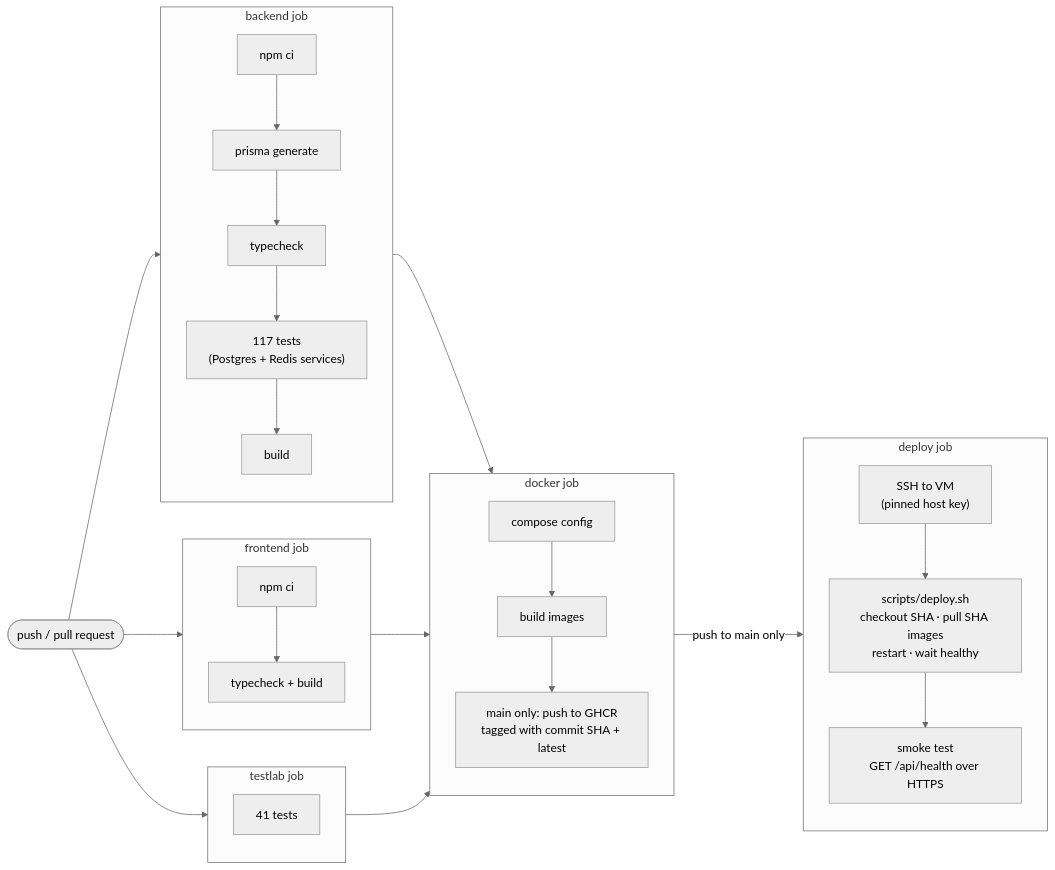
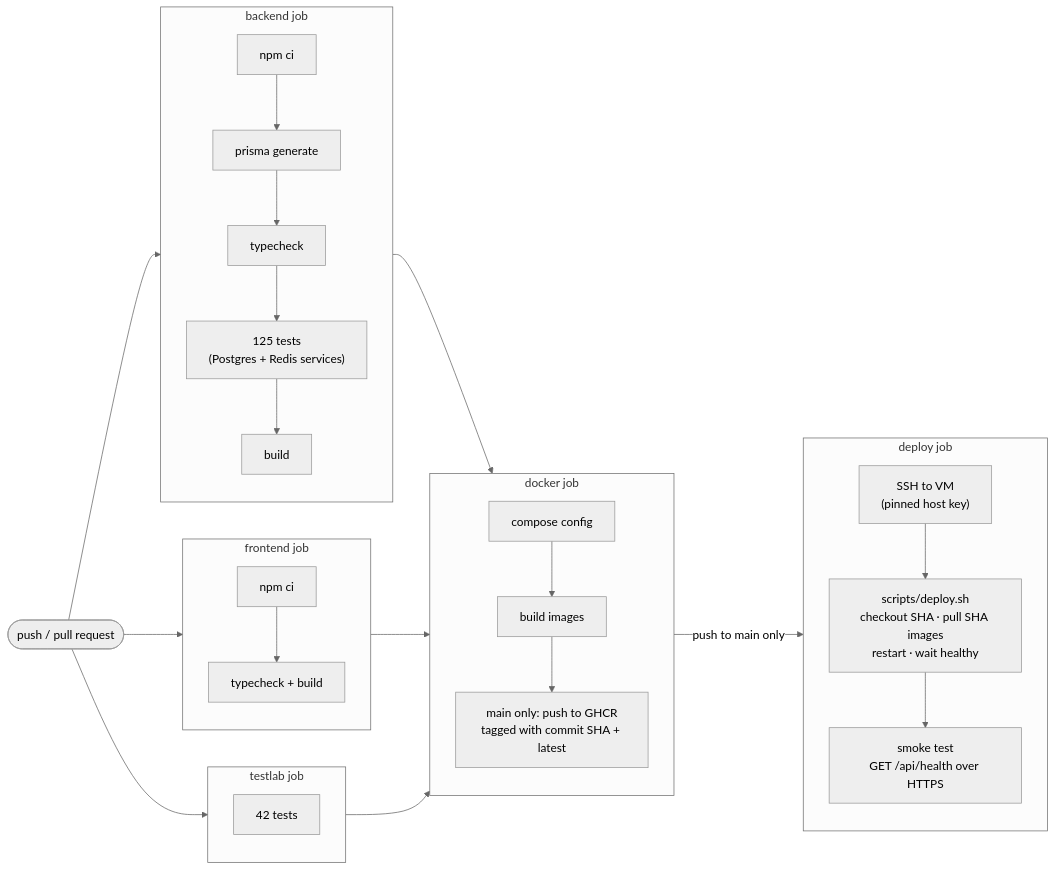
One commit to ashutosh-lodha/UptimeHQ changed the tenth of 11 diagrams in README.md. Above: the diagram before and after it, drawn with Mermaid (neutral theme). The commit also changed other lines of this file and 7 other files, not shown here.

````diff
--- a/README.md
+++ b/README.md
@@ -785,21 +785,21 @@
 ```mermaid
 flowchart LR
     push(["push / pull request"]) --> be & fe & tl
     subgraph be["backend job"]
-        b1["npm ci"] --> b2["prisma generate"] --> b3["typecheck"] --> b4["117 tests<br/>(Postgres + Redis services)"] --> b5["build"]
+        b1["npm ci"] --> b2["prisma generate"] --> b3["typecheck"] --> b4["125 tests<br/>(Postgres + Redis services)"] --> b5["build"]
     end
     subgraph fe["frontend job"]
         f1["npm ci"] --> f2["typecheck + build"]
     end
     subgraph tl["testlab job"]
-        t1["41 tests"]
+        t1["42 tests"]
     end
     be & fe & tl --> dk
     subgraph dk["docker job"]
         d1["compose config"] --> d2["build images"] --> d3["main only: push to GHCR<br/>tagged with commit SHA + latest"]
     end
     dk -->|"push to main only"| dp
     subgraph dp["deploy job"]
         p1["SSH to VM<br/>(pinned host key)"] --> p2["scripts/deploy.sh<br/>checkout SHA · pull SHA images<br/>restart · wait healthy"] --> p3["smoke test<br/>GET /api/health over HTTPS"]
     end
 ```
````
